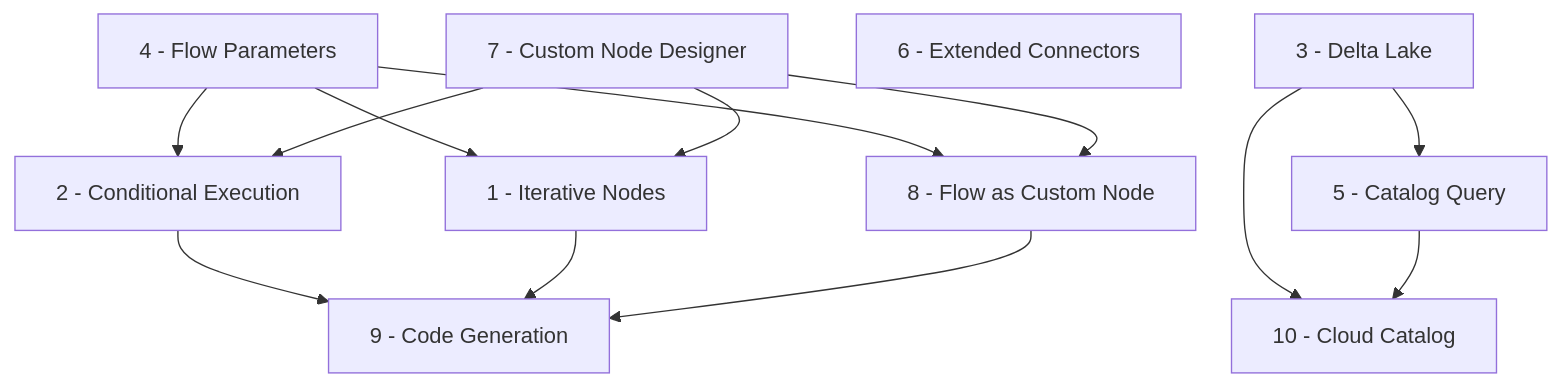
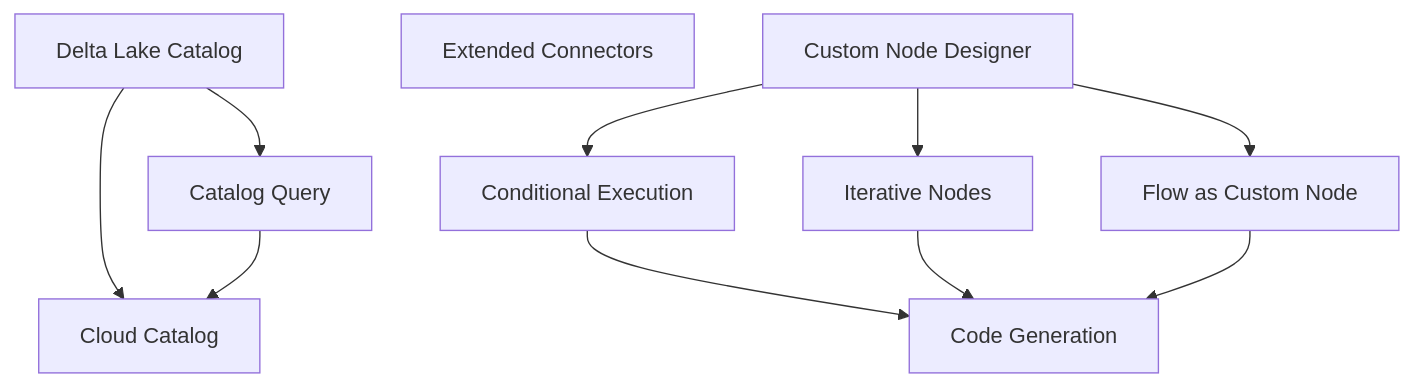
The diagram in docs/for-developers/roadmap/index.md (Edwardvaneechoud/Flowfile), drawn with Mermaid before and after one commit. The commit also changed other lines of this file and 5 other files, not shown here.

First line of the commit message:
Clean up roadmap: remove shipped Flow Parameters, reorder by execution

````diff
--- a/docs/for-developers/roadmap/index.md
+++ b/docs/for-developers/roadmap/index.md
@@ -143,16 +97,13 @@
 ```mermaid
 graph TD
-    P[4 - Flow Parameters] --> C[2 - Conditional Execution]
-    P --> I[1 - Iterative Nodes]
-    D[3 - Delta Lake] --> Q[5 - Catalog Query]
-    E[6 - Extended Connectors]
-    N[7 - Custom Node Designer] --> C
-    N --> I
-    C --> G[9 - Code Generation]
+    D[Delta Lake Catalog] --> Q[Catalog Query]
+    E[Extended Connectors]
+    N[Custom Node Designer] --> C[Conditional Execution]
+    N --> I[Iterative Nodes]
+    C --> G[Code Generation]
     I --> G
-    F[8 - Flow as Custom Node] --> G
-    P --> F
+    F[Flow as Custom Node] --> G
     N --> F
-    D --> CC[10 - Cloud Catalog]
+    D --> CC[Cloud Catalog]
     Q --> CC
 ```
````
